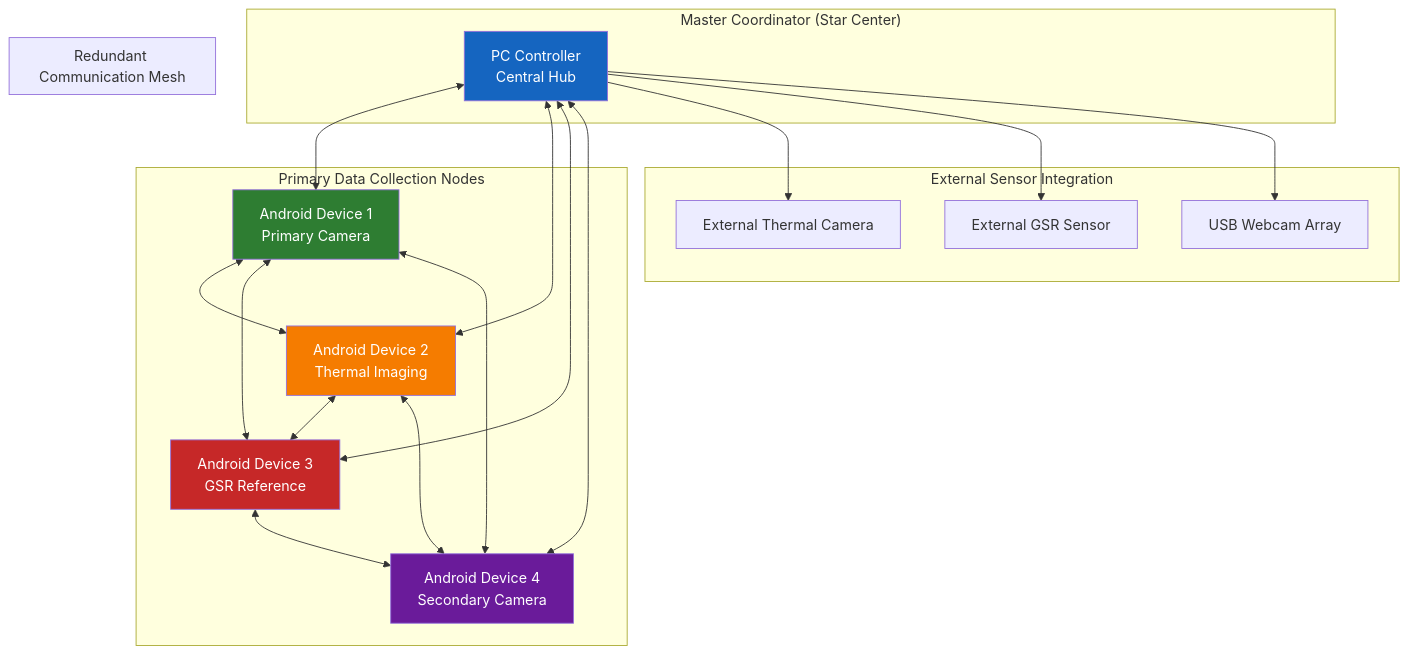
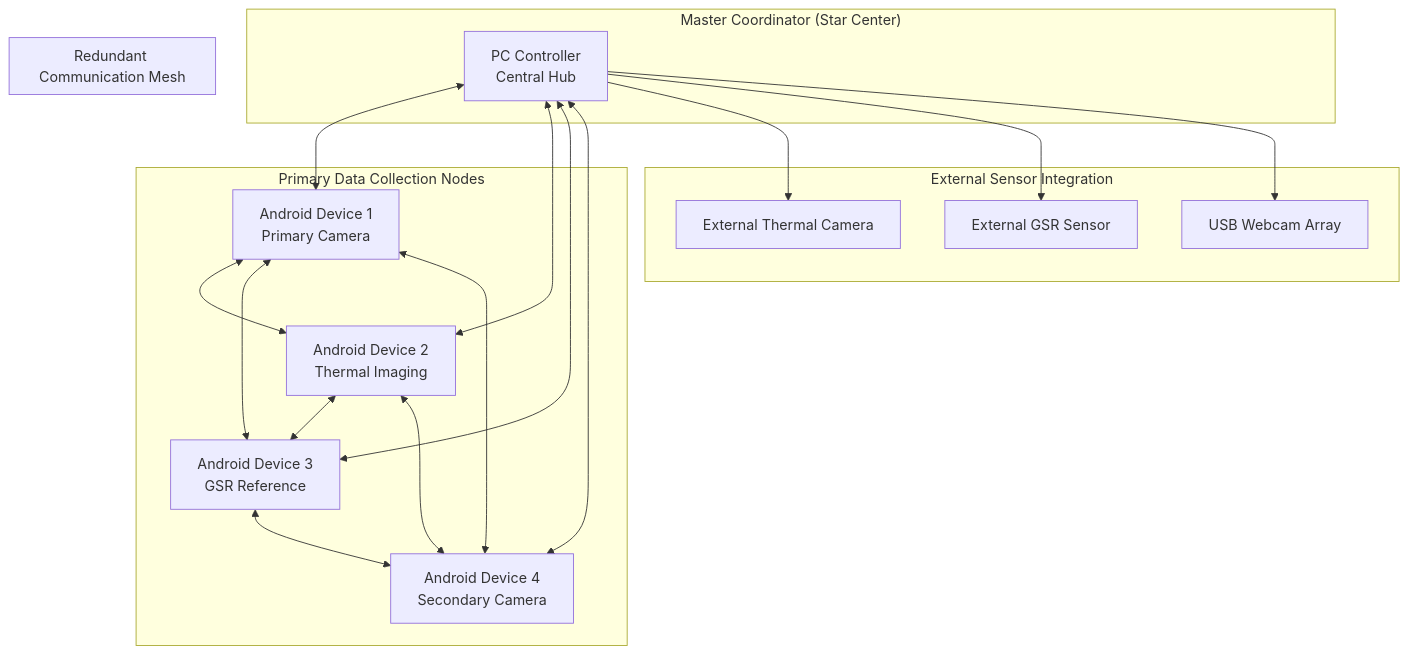
Before and after one commit to buccancs/fyp-multi-sensor-recording-system: the fifth of 10 diagrams in docs/thesis_report/Chapter_4_Design_and_Implementation.md, drawn with Mermaid. The commit also changed other lines of this file and 4 other files, not shown here.

````diff
--- a/docs/thesis_report/Chapter_4_Design_and_Implementation.md
+++ b/docs/thesis_report/Chapter_4_Design_and_Implementation.md
@@ -923,43 +862,37 @@
 ```mermaid
 graph TB
     subgraph "Master Coordinator (Star Center)"
         MASTER[PC Controller<br/>Central Hub]
     end
     
     subgraph "Primary Data Collection Nodes"
         NODE1[Android Device 1<br/>Primary Camera]
         NODE2[Android Device 2<br/>Thermal Imaging]
         NODE3[Android Device 3<br/>GSR Reference]
         NODE4[Android Device 4<br/>Secondary Camera]
     end
     
     subgraph "Redundant Communication Mesh"
         NODE1 <--> NODE2
         NODE2 <--> NODE3
         NODE3 <--> NODE4
         NODE4 <--> NODE1
         NODE1 <--> NODE3
         NODE2 <--> NODE4
     end
     
     subgraph "External Sensor Integration"
         THERMAL_EXT[External Thermal Camera]
         GSR_EXT[External GSR Sensor]
         WEBCAM[USB Webcam Array]
     end
     
     MASTER <--> NODE1
     MASTER <--> NODE2
     MASTER <--> NODE3
     MASTER <--> NODE4
     
     MASTER --> THERMAL_EXT
     MASTER --> GSR_EXT
     MASTER --> WEBCAM
-    
-    style MASTER fill:#1565c0,color:#ffffff
-    style NODE1 fill:#2e7d32,color:#ffffff
-    style NODE2 fill:#f57c00,color:#ffffff
-    style NODE3 fill:#c62828,color:#ffffff
-    style NODE4 fill:#6a1b9a,color:#ffffff
 ```
````
